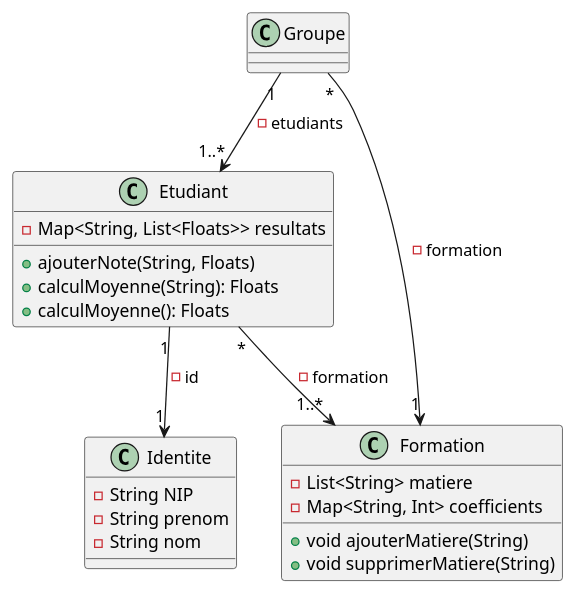
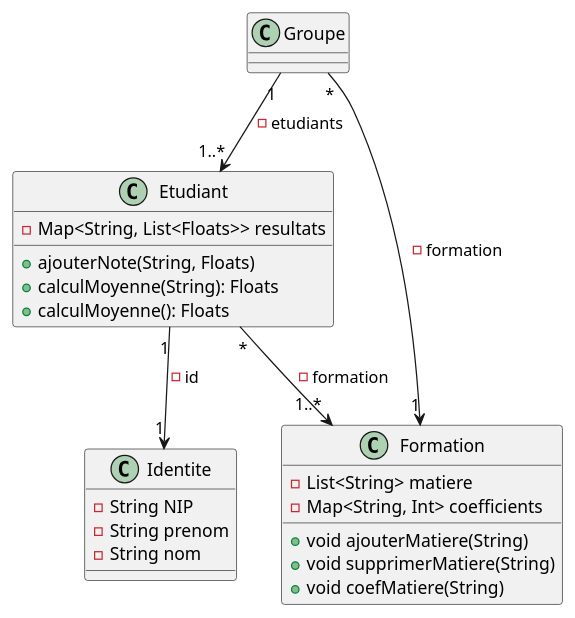
Before and after one commit to the-exercise-iut-charlemage/CPOA-TP1-2: the diagram in uml/tp2/exo3/Exo_3_Diagrame_de_class.puml, drawn with PlantUML. The commit also changed 1 other file, not shown here.

Commit message:
update uml & update formation

```diff
--- a/uml/tp2/exo3/Exo_3_Diagrame_de_class.puml
+++ b/uml/tp2/exo3/Exo_3_Diagrame_de_class.puml
@@ -1,32 +1,33 @@
 @startuml
 
 class Etudiant {
     -Map<String, List<Floats>> resultats
     + ajouterNote(String, Floats)
     + calculMoyenne(String): Floats
     + calculMoyenne(): Floats
 }
 
 class Identite {
     -String NIP
     -String prenom
     -String nom
 }
 
 class Formation {
     -List<String> matiere
     -Map<String, Int> coefficients
     +void ajouterMatiere(String)
     +void supprimerMatiere(String)
+    +void coefMatiere(String)
 }
 
 class Groupe {
 }
 
 Etudiant "1" --> "1" Identite : - id
 Etudiant "*" --> "1..*" Formation : - formation
 Groupe "1" --> "1..*" Etudiant : - etudiants
 Groupe "*" --> "1" Formation : - formation
 
 
 @enduml
```
